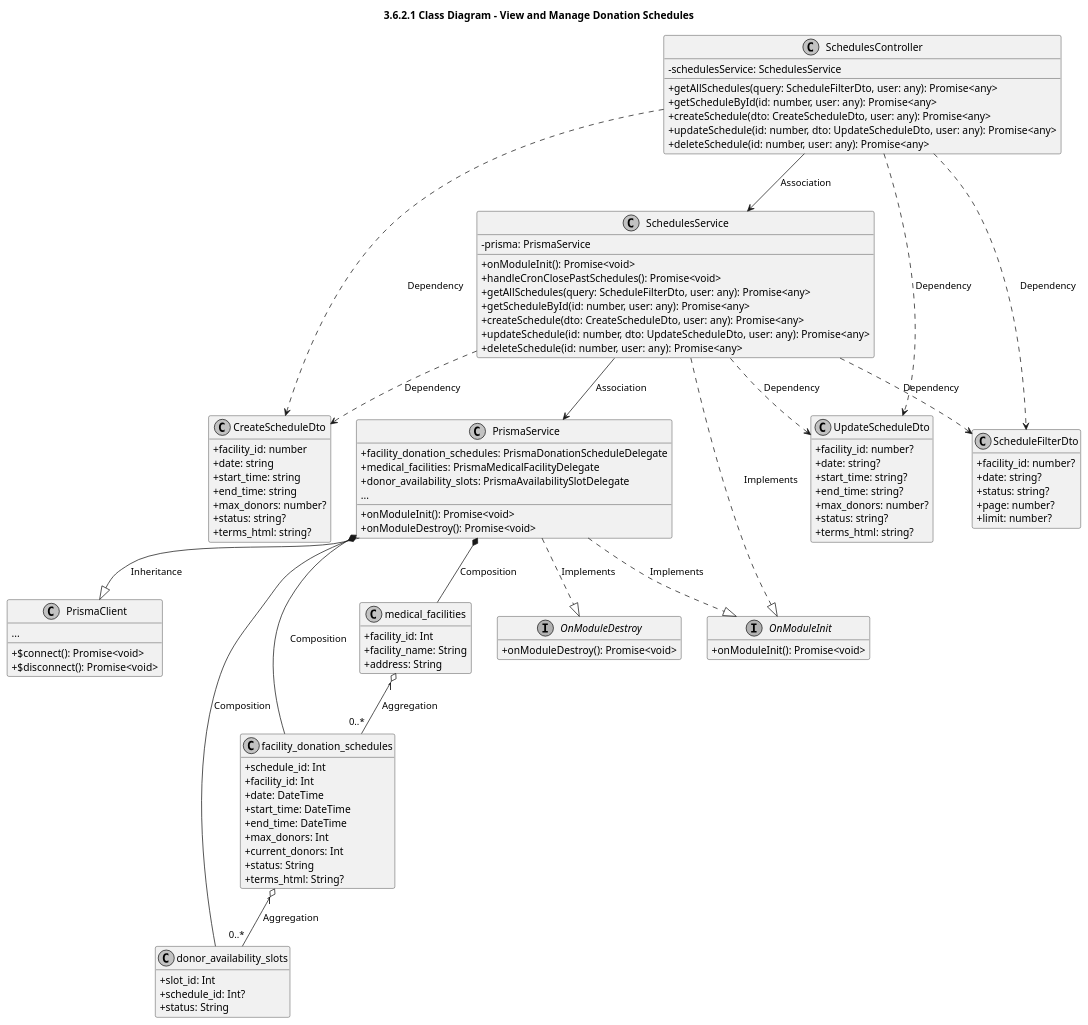
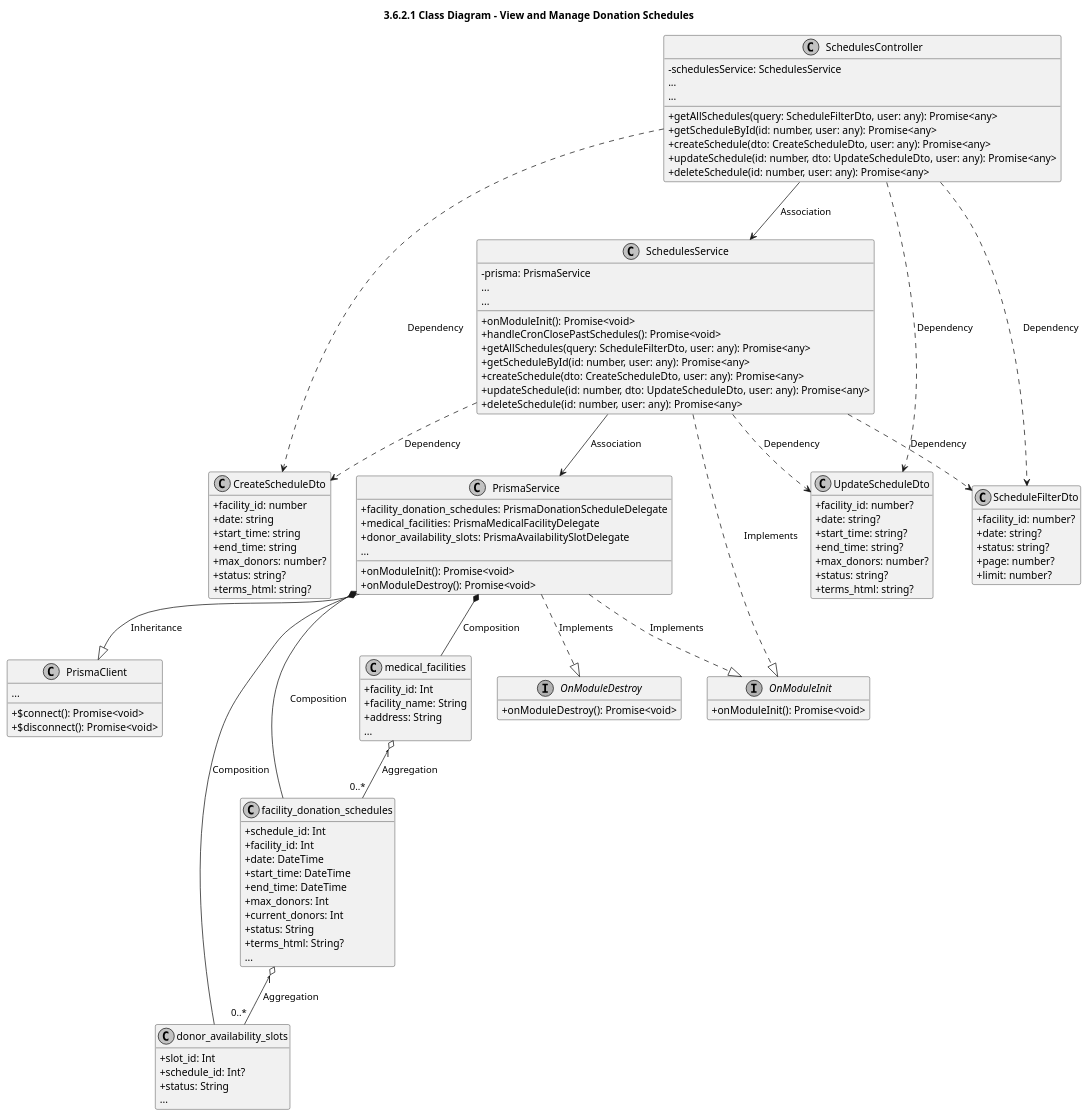
The second of 3 diagrams in modules_plantuml/06_schedules.md (CuongBC195/class-diagram-donation-blood), drawn with PlantUML before and after one commit. The commit also changed other lines of this file and 39 other files, not shown here.

Commit message:
fix(diagrams): apply strict ellipsis rules and synchronize entity/DTO relationships across all 13 modules

```diff
--- a/modules_plantuml/06_schedules.md
+++ b/modules_plantuml/06_schedules.md
@@ -182,11 +187,13 @@
 
 class SchedulesController {
   -schedulesService: SchedulesService
+  ...
   +getAllSchedules(query: ScheduleFilterDto, user: any): Promise<any>
   +getScheduleById(id: number, user: any): Promise<any>
   +createSchedule(dto: CreateScheduleDto, user: any): Promise<any>
   +updateSchedule(id: number, dto: UpdateScheduleDto, user: any): Promise<any>
   +deleteSchedule(id: number, user: any): Promise<any>
+  ...
 }
 
 class CreateScheduleDto {
@@ -219,6 +226,7 @@
 
 class SchedulesService {
   -prisma: PrismaService
+  ...
   +onModuleInit(): Promise<void>
   +handleCronClosePastSchedules(): Promise<void>
   +getAllSchedules(query: ScheduleFilterDto, user: any): Promise<any>
@@ -226,6 +234,7 @@
   +createSchedule(dto: CreateScheduleDto, user: any): Promise<any>
   +updateSchedule(id: number, dto: UpdateScheduleDto, user: any): Promise<any>
   +deleteSchedule(id: number, user: any): Promise<any>
+  ...
 }
 
 interface OnModuleInit {
@@ -261,18 +270,21 @@
   +current_donors: Int
   +status: String
   +terms_html: String?
+  ...
 }
 
 class medical_facilities {
   +facility_id: Int
   +facility_name: String
   +address: String
+  ...
 }
 
 class donor_availability_slots {
   +slot_id: Int
   +schedule_id: Int?
   +status: String
+  ...
 }
 
 SchedulesController --> SchedulesService : Association
```
